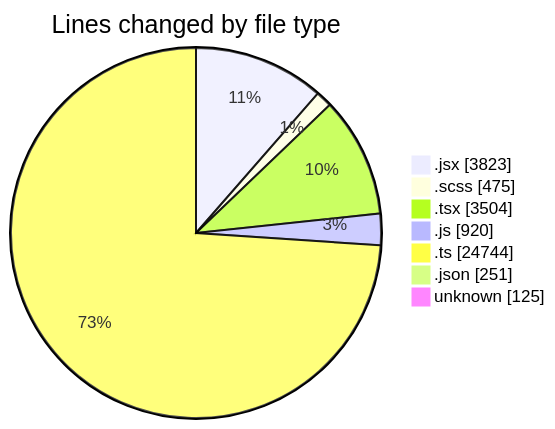
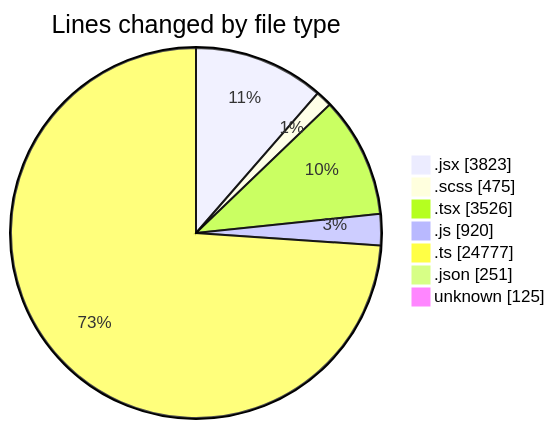
One commit to momahboobian/code-tracking changed the first of 2 diagrams in 2026-09-02/cda/README.md. Above: the diagram before and after it, drawn with Mermaid. The commit also changed other lines of this file and 1 other file, not shown here.

````diff
--- a/2026-09-02/cda/README.md
+++ b/2026-09-02/cda/README.md
@@ -77,11 +77,11 @@
 ```mermaid
 pie showData
 title Lines changed by file type
 ".jsx" : 3823
 ".scss" : 475
-".tsx" : 3504
+".tsx" : 3526
 ".js" : 920
-".ts" : 24744
+".ts" : 24777
 ".json" : 251
 "unknown" : 125
 ```
````
